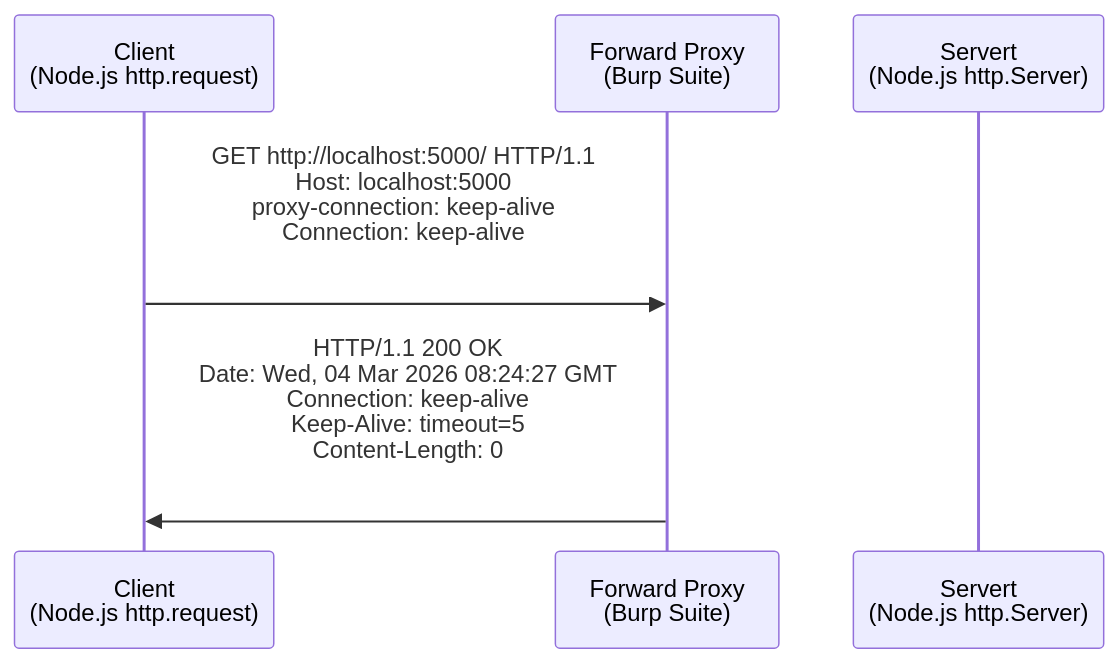
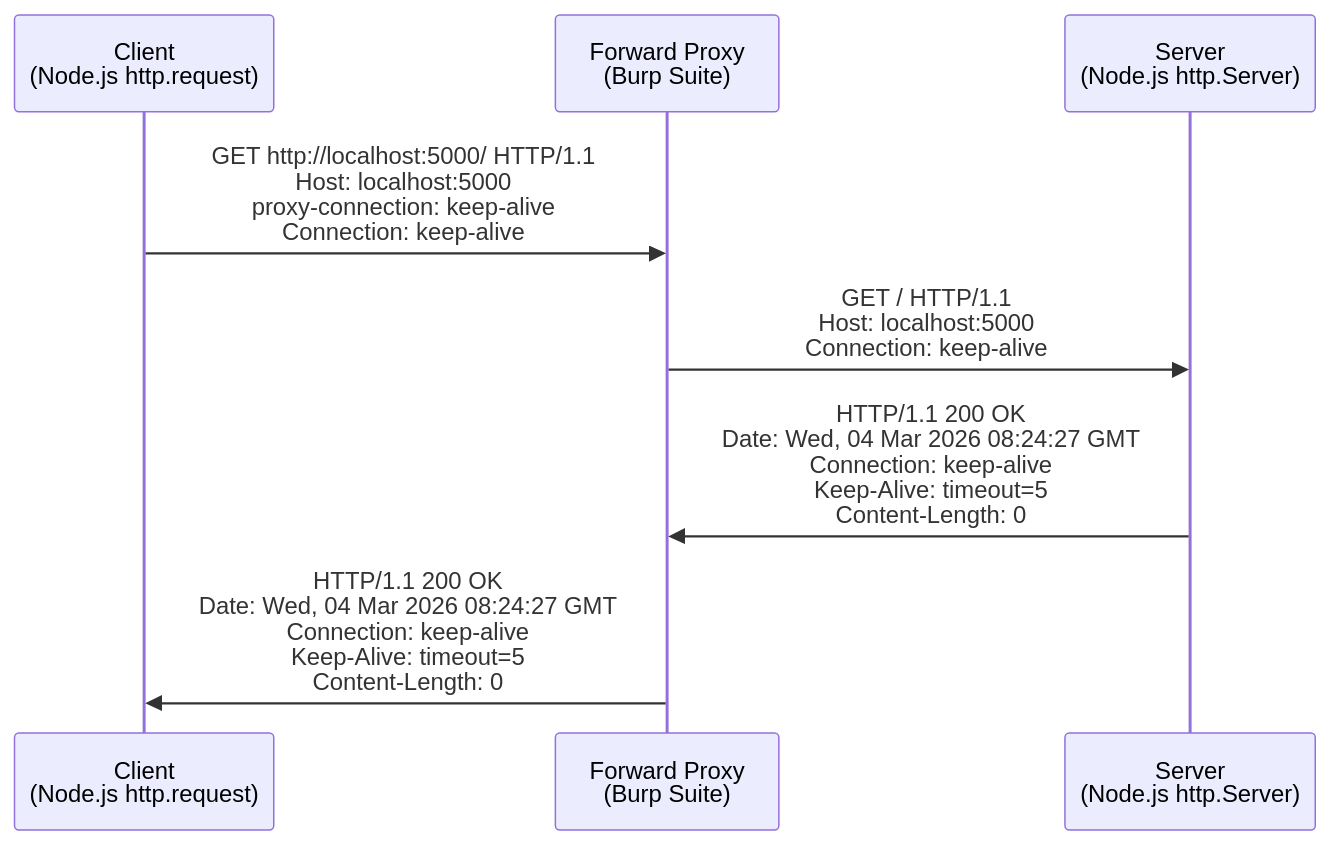
One commit to samuel871211/yusheng-tech-blog changed the fourth of 4 diagrams in docs/nodejs/http_proxy.md. Above: the diagram before and after it, drawn with Mermaid. The commit also changed other lines of this file, not shown here.

Commit message:
http 0304 ing

````diff
--- a/docs/nodejs/http_proxy.md
+++ b/docs/nodejs/http_proxy.md
@@ -109,10 +109,12 @@
 ```mermaid
 sequenceDiagram
   participant C as Client<br/>(Node.js http.request)
   participant P as Forward Proxy<br/>(Burp Suite)
-  participant S as Servert<br/>(Node.js http.Server)
+  participant S as Server<br/>(Node.js http.Server)
 
-  C ->> P: GET http://localhost:5000/ HTTP/1.1<br/>Host: localhost:5000<br/>proxy-connection: keep-alive<br/>Connection: keep-alive<br/><br/>
+  C ->> P: GET http://localhost:5000/ HTTP/1.1<br/>Host: localhost:5000<br/>proxy-connection: keep-alive<br/>Connection: keep-alive
+  P ->> S: GET / HTTP/1.1<br/>Host: localhost:5000<br/>Connection: keep-alive
 
-  P ->> C: HTTP/1.1 200 OK<br/>Date: Wed, 04 Mar 2026 08:24:27 GMT<br/>Connection: keep-alive<br/>Keep-Alive: timeout=5<br/>Content-Length: 0<br/><br/>
+  S ->> P: HTTP/1.1 200 OK<br/>Date: Wed, 04 Mar 2026 08:24:27 GMT<br/>Connection: keep-alive<br/>Keep-Alive: timeout=5<br/>Content-Length: 0
+  P ->> C: HTTP/1.1 200 OK<br/>Date: Wed, 04 Mar 2026 08:24:27 GMT<br/>Connection: keep-alive<br/>Keep-Alive: timeout=5<br/>Content-Length: 0
 ```
````
